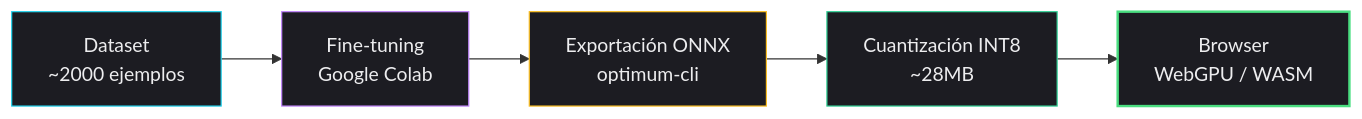
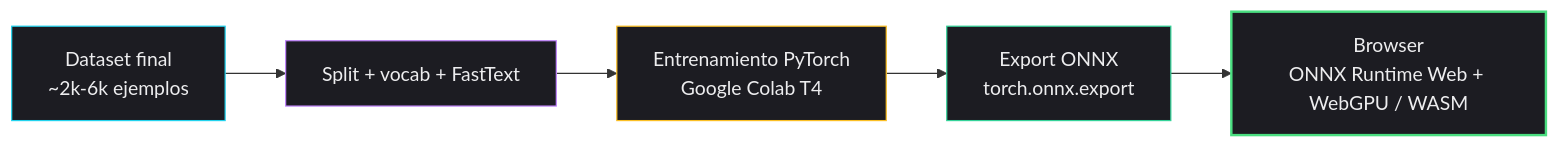
The diagram in docs/03-data-and-state/fine-tuning-process.md (KarloZ7715/Synapse), drawn with Mermaid before and after one commit. The commit also changed other lines of this file and 6 other files, not shown here.

````diff
--- a/docs/03-data-and-state/fine-tuning-process.md
+++ b/docs/03-data-and-state/fine-tuning-process.md
@@ -7,13 +9,13 @@
 ```mermaid
 graph LR
-    A[Dataset<br/>~2000 ejemplos] --> B[Fine-tuning<br/>Google Colab]
-    B --> C[Exportación ONNX<br/>optimum-cli]
-    C --> D[Cuantización INT8<br/>~28MB]
-    D --> E[Browser<br/>WebGPU / WASM]
+    A[Dataset final<br/>~2k-6k ejemplos] --> B[Split + vocab + FastText]
+    B --> C[Entrenamiento PyTorch<br/>Google Colab T4]
+    C --> D[Export ONNX<br/>torch.onnx.export]
+    D --> E[Browser<br/>ONNX Runtime Web + WebGPU / WASM]
 
     style A fill:#1c1c22,stroke:#22d3ee,color:#ededef
     style B fill:#1c1c22,stroke:#c084fc,color:#ededef
     style C fill:#1c1c22,stroke:#fbbf24,color:#ededef
     style D fill:#1c1c22,stroke:#34d399,color:#ededef
     style E fill:#1c1c22,stroke:#4ade80,color:#ededef,stroke-width:2px
 ```
````
